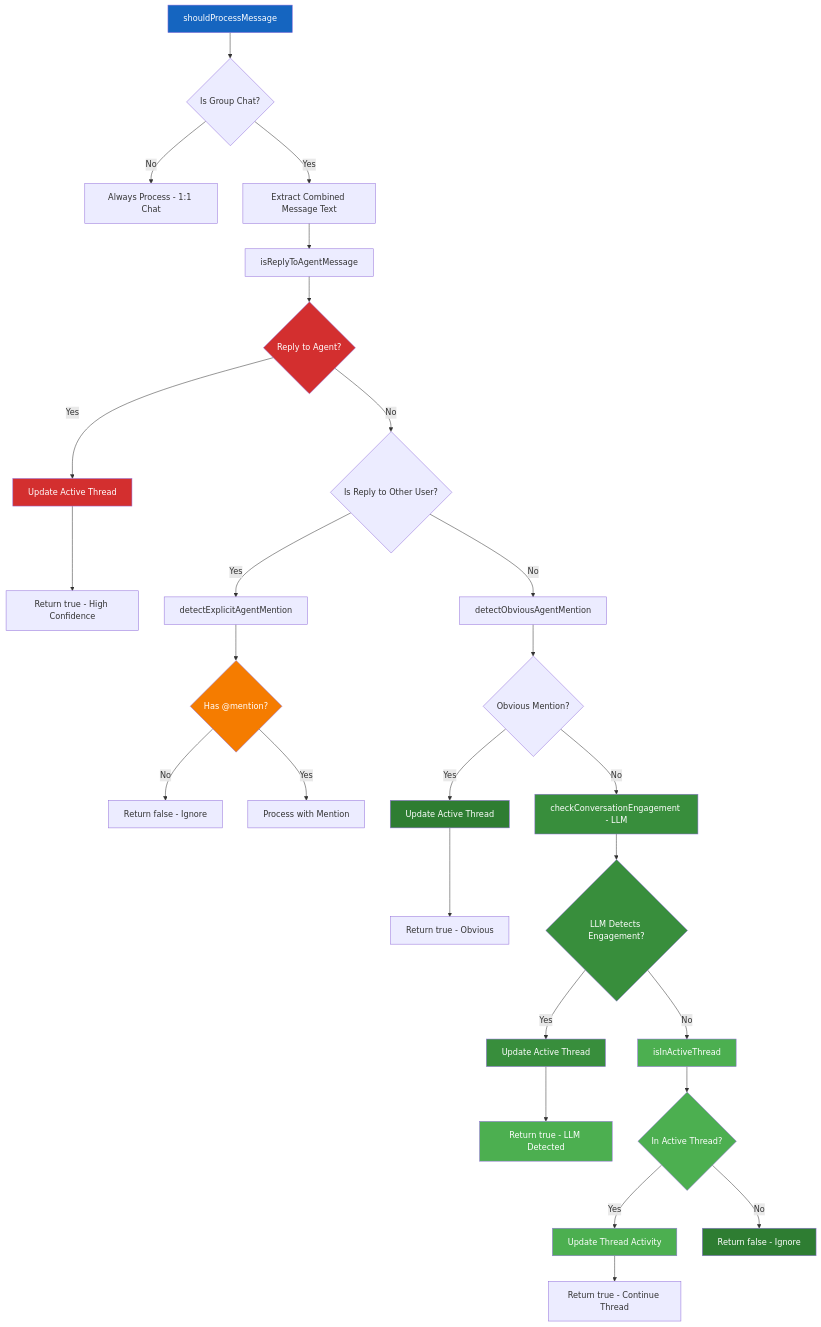
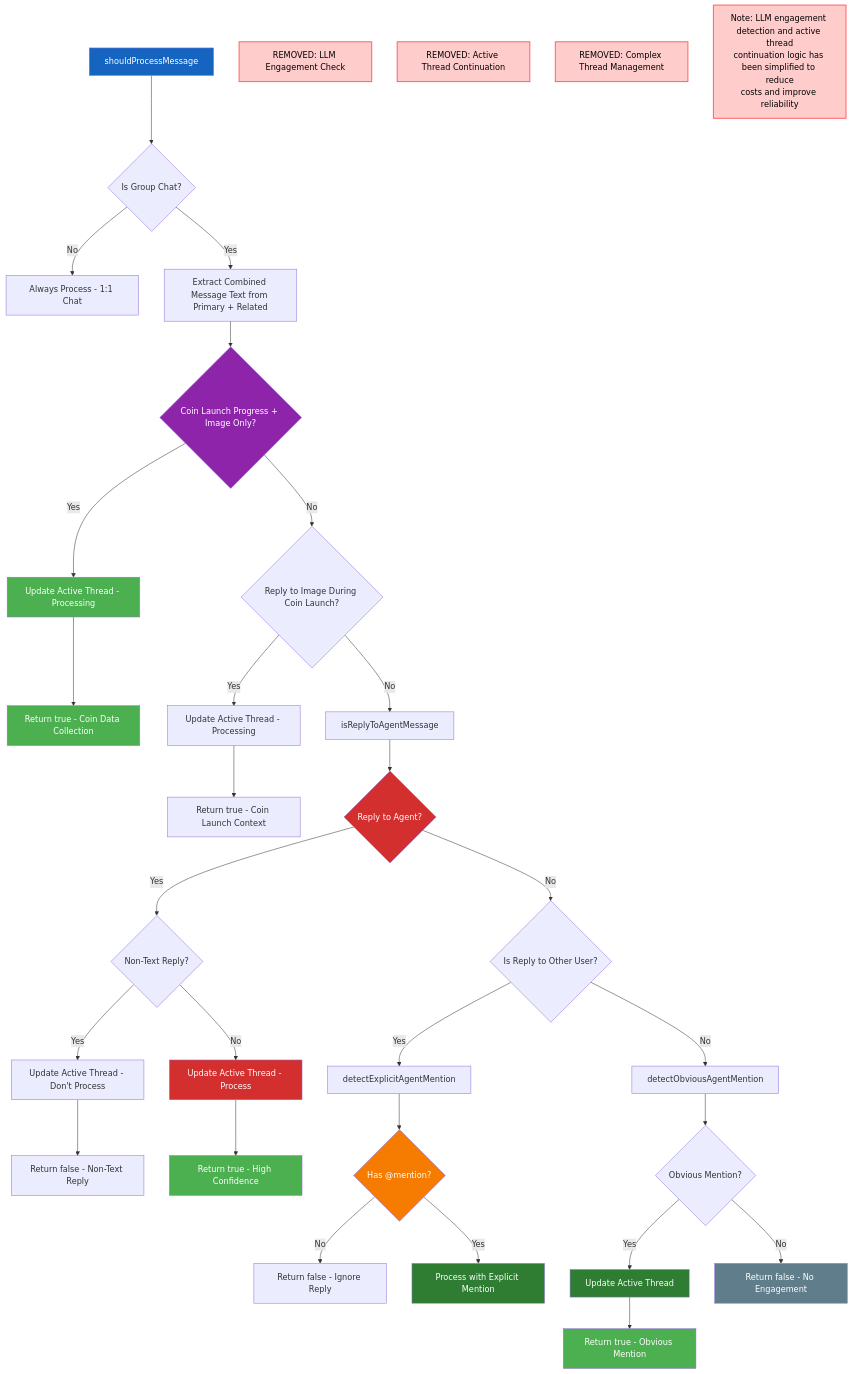
One commit to flayerlabs/xmtp-flaunchy changed the fourth of 13 diagrams in SYSTEM_ARCHITECTURE.md. Above: the diagram before and after it, drawn with Mermaid. The commit also changed other lines of this file and 3 other files, not shown here.

Commit message:
fix: make the bot to only respond to tags & replies to bot messages, allow active user to tag a previously sent image to use for flaunch

````diff
--- a/SYSTEM_ARCHITECTURE.md
+++ b/SYSTEM_ARCHITECTURE.md
@@ -231,48 +242,56 @@
 ```mermaid
 graph TD
     A[shouldProcessMessage] --> B{Is Group Chat?}
     B -->|No| C[Always Process - 1:1 Chat]
-    B -->|Yes| D[Extract Combined Message Text]
+    B -->|Yes| D[Extract Combined Message Text from Primary + Related]
 
-    D --> E[isReplyToAgentMessage]
-    E --> F{Reply to Agent?}
-    F -->|Yes| G[Update Active Thread]
-    G --> H[Return true - High Confidence]
+    D --> E{Coin Launch Progress + Image Only?}
+    E -->|Yes| F[Update Active Thread - Processing]
+    F --> G[Return true - Coin Data Collection]
 
-    F -->|No| I{Is Reply to Other User?}
-    I -->|Yes| J[detectExplicitAgentMention]
-    J --> K{Has @mention?}
-    K -->|No| L[Return false - Ignore]
-    K -->|Yes| M[Process with Mention]
+    E -->|No| H{Reply to Image During Coin Launch?}
+    H -->|Yes| I[Update Active Thread - Processing]
+    I --> J[Return true - Coin Launch Context]
 
-    I -->|No| N[detectObviousAgentMention]
-    N --> O{Obvious Mention?}
-    O -->|Yes| P[Update Active Thread]
-    P --> Q[Return true - Obvious]
+    H -->|No| K[isReplyToAgentMessage]
+    K --> L{Reply to Agent?}
+    L -->|Yes| M{Non-Text Reply?}
+    M -->|Yes| N[Update Active Thread - Don't Process]
+    M -->|No| O[Update Active Thread - Process]
 
-    O -->|No| R[checkConversationEngagement - LLM]
-    R --> S{LLM Detects Engagement?}
-    S -->|Yes| T[Update Active Thread]
-    T --> U[Return true - LLM Detected]
+    N --> P[Return false - Non-Text Reply]
+    O --> Q[Return true - High Confidence]
 
-    S -->|No| V[isInActiveThread]
-    V --> W{In Active Thread?}
-    W -->|Yes| X[Update Thread Activity]
-    X --> Y[Return true - Continue Thread]
+    L -->|No| R{Is Reply to Other User?}
+    R -->|Yes| S[detectExplicitAgentMention]
+    S --> T{Has @mention?}
+    T -->|No| U[Return false - Ignore Reply]
+    T -->|Yes| V[Process with Explicit Mention]
 
-    W -->|No| Z[Return false - Ignore]
+    R -->|No| W[detectObviousAgentMention]
+    W --> X{Obvious Mention?}
+    X -->|Yes| Y[Update Active Thread]
+    Y --> Z[Return true - Obvious Mention]
+
+    X -->|No| AA[Return false - No Engagement]
 
     style A fill:#1565C0,color:#ffffff
-    style F fill:#D32F2F,color:#ffffff
-    style G fill:#D32F2F,color:#ffffff
-    style K fill:#F57C00,color:#ffffff
-    style P fill:#2E7D32,color:#ffffff
-    style R fill:#388E3C,color:#ffffff
-    style S fill:#388E3C,color:#ffffff
-    style T fill:#388E3C,color:#ffffff
-    style U fill:#4CAF50,color:#ffffff
-    style V fill:#4CAF50,color:#ffffff
-    style W fill:#4CAF50,color:#ffffff
-    style X fill:#4CAF50,color:#ffffff
-    style Z fill:#2E7D32,color:#ffffff
+    style E fill:#8E24AA,color:#ffffff
+    style F fill:#4CAF50,color:#ffffff
+    style G fill:#4CAF50,color:#ffffff
+    style L fill:#D32F2F,color:#ffffff
+    style O fill:#D32F2F,color:#ffffff
+    style Q fill:#4CAF50,color:#ffffff
+    style T fill:#F57C00,color:#ffffff
+    style V fill:#2E7D32,color:#ffffff
+    style Y fill:#2E7D32,color:#ffffff
+    style Z fill:#4CAF50,color:#ffffff
+    style AA fill:#607D8B,color:#ffffff
+
+    classDef removed fill:#ffcccc,stroke:#ff6666,stroke-width:2px,color:#000000
+
+    BB[REMOVED: LLM Engagement Check]:::removed
+    CC[REMOVED: Active Thread Continuation]:::removed
+    DD[REMOVED: Complex Thread Management]:::removed
+    EE["Note: LLM engagement detection and active thread<br/>continuation logic has been simplified to reduce<br/>costs and improve reliability"]:::removed
 ```
````
